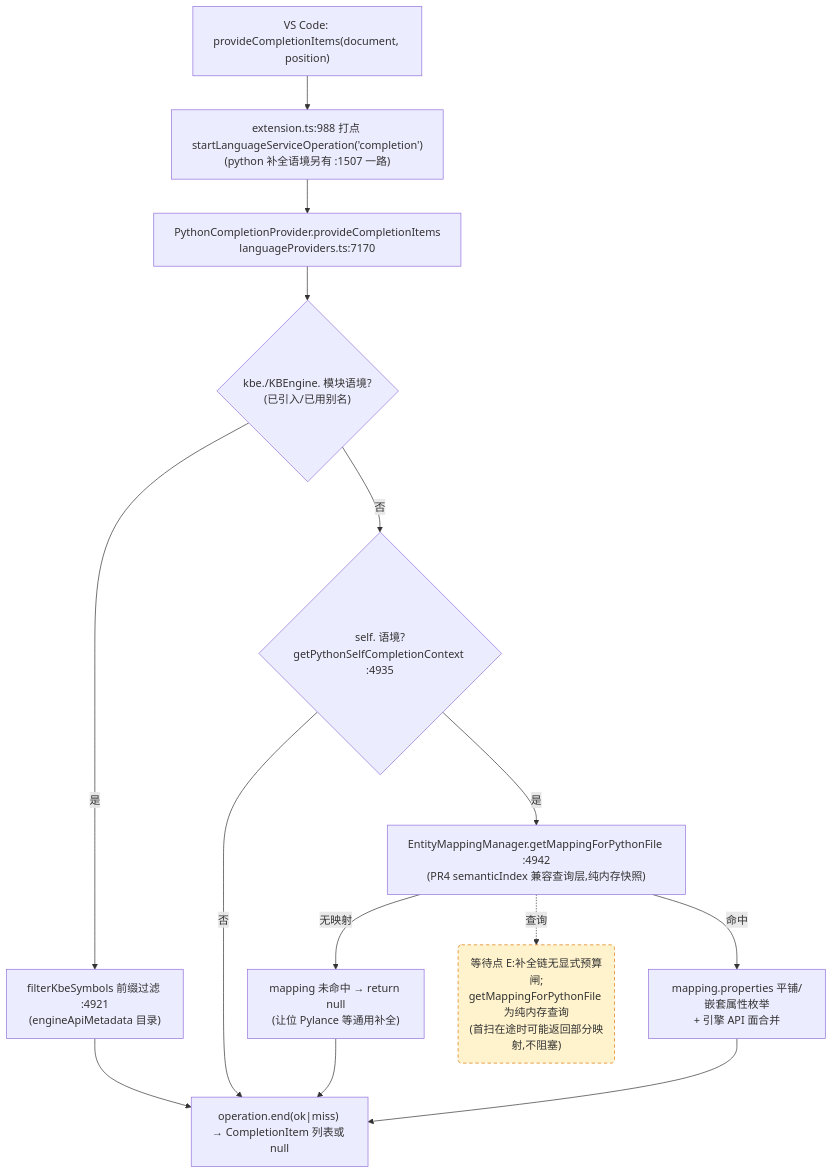
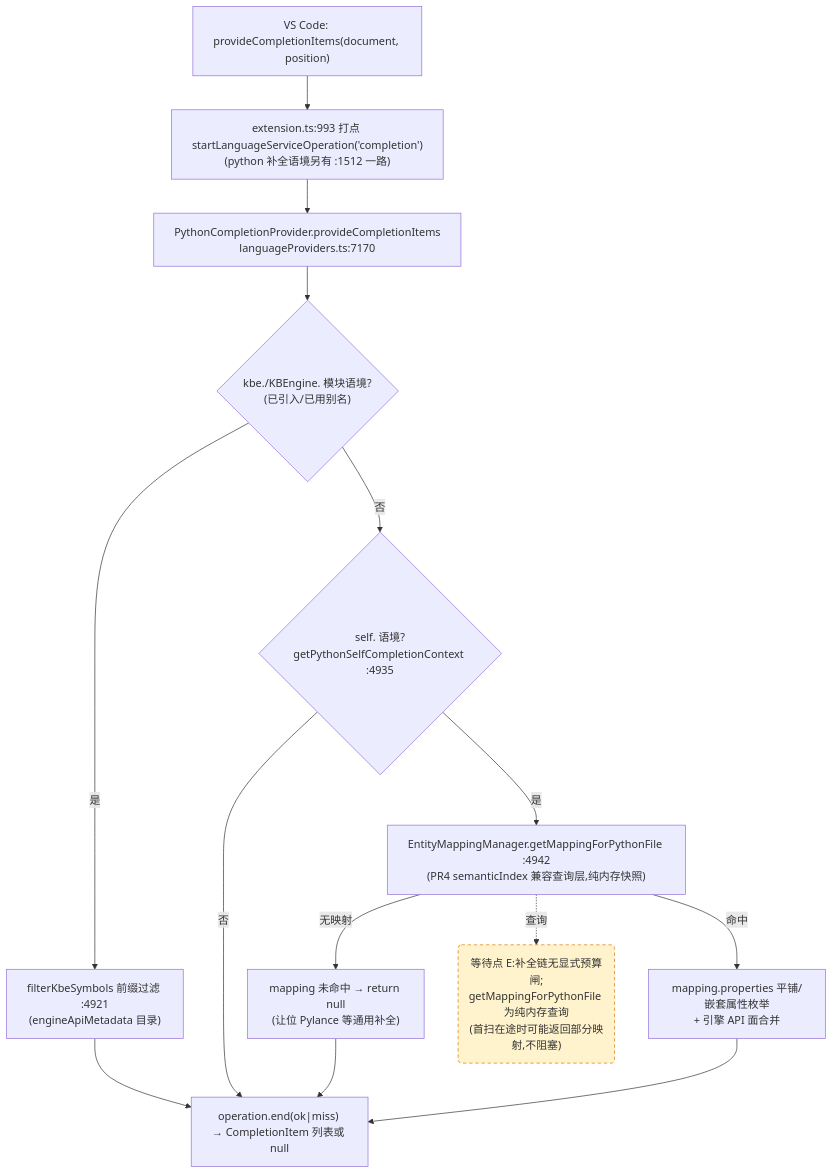
Before and after one commit to cuihairu/kode: the third of 4 diagrams in docs/perf/2026-baseline.md, drawn with Mermaid. The commit also changed other lines of this file and 16 other files, not shown here.

````diff
--- a/docs/perf/2026-baseline.md
+++ b/docs/perf/2026-baseline.md
@@ -184,27 +184,27 @@
 ```mermaid
 flowchart TD
   VC3["VS Code: provideCompletionItems(document, position)"]
-  M3["extension.ts:988 打点 startLanguageServiceOperation('completion')<br/>(python 补全语境另有 :1507 一路)"]
+  M3["extension.ts:993 打点 startLanguageServiceOperation('completion')<br/>(python 补全语境另有 :1512 一路)"]
   CP["PythonCompletionProvider.provideCompletionItems<br/>languageProviders.ts:7170"]
   KBEC{"kbe./KBEngine. 模块语境?<br/>(已引入/已用别名)"}
   FILTER["filterKbeSymbols 前缀过滤 :4921<br/>(engineApiMetadata 目录)"]
   SELFC{"self. 语境?<br/>getPythonSelfCompletionContext :4935"}
   MAP["EntityMappingManager.getMappingForPythonFile :4942<br/>(PR4 semanticIndex 兼容查询层,纯内存快照)"]
   NOMAP["mapping 未命中 → return null<br/>(让位 Pylance 等通用补全)"]
   PROPS["mapping.properties 平铺/嵌套属性枚举<br/>+ 引擎 API 面合并"]
   END3["operation.end(ok|miss) → CompletionItem 列表或 null"]
 
   VC3 --> M3 --> CP --> KBEC
   KBEC -- "是" --> FILTER --> END3
   KBEC -- "否" --> SELFC
   SELFC -- "否" --> END3
   SELFC -- "是" --> MAP
   MAP -- "无映射" --> NOMAP --> END3
   MAP -- "命中" --> PROPS --> END3
 
   WAITE("等待点 E:补全链无显式预算闸;<br/>getMappingForPythonFile 为纯内存查询<br/>(首扫在途时可能返回部分映射,不阻塞)")
   MAP -.->|查询| WAITE
 
   classDef waitPoint fill:#fff3cd,stroke:#d97706,stroke-dasharray:5 4;
   class WAITE waitPoint;
 ```
````
